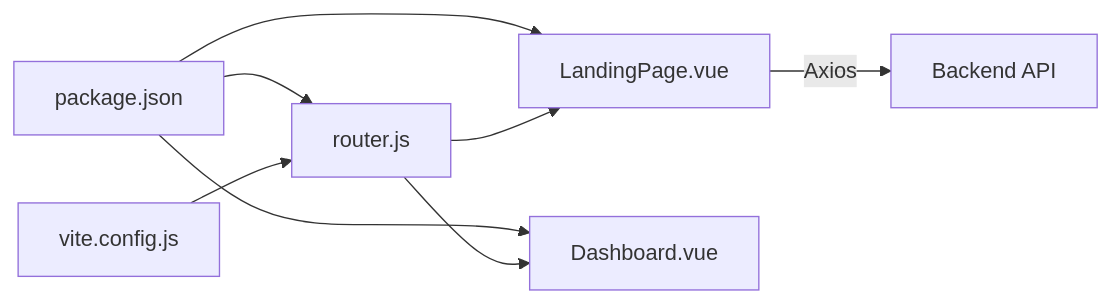
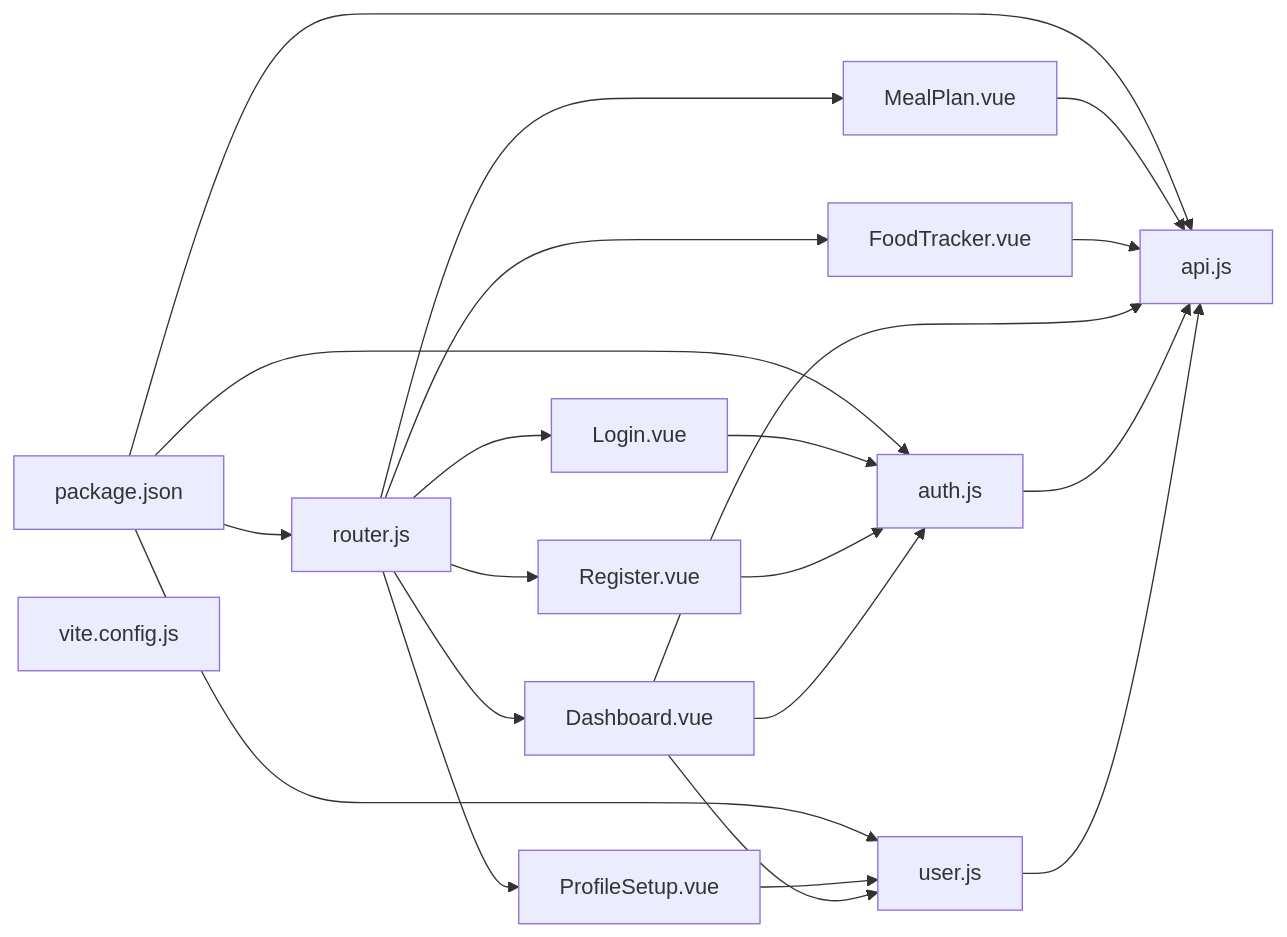
The third of 3 diagrams in .qoder/repowiki/en/content/Frontend Application/Component Documentation.md (hsarjun04-netizen/NUTRICooACH), drawn with Mermaid before and after one commit. The commit also changed other lines of this file and 7 other files, not shown here.

````diff
--- a/.qoder/repowiki/en/content/Frontend Application/Component Documentation.md
+++ b/.qoder/repowiki/en/content/Frontend Application/Component Documentation.md
@@ -181,15 +369,35 @@
 ```mermaid
 graph LR
 PJSON["package.json"]
 VITE["vite.config.js"]
 ROUTER["router.js"]
-LP["LandingPage.vue"]
-DASH["Dashboard.vue"]
+AUTH["auth.js"]
+USER["user.js"]
+API["api.js"]
+LOGIN["Login.vue"]
+REGISTER["Register.vue"]
+PROFILE["ProfileSetup.vue"]
+DASHBOARD["Dashboard.vue"]
+MEAL["MealPlan.vue"]
+TRACKER["FoodTracker.vue"]
 PJSON --> ROUTER
-PJSON --> LP
-PJSON --> DASH
-VITE --> ROUTER
-ROUTER --> LP
-ROUTER --> DASH
-LP --> |"Axios"| API["Backend API"]
+PJSON --> AUTH
+PJSON --> USER
+PJSON --> API
+ROUTER --> LOGIN
+ROUTER --> REGISTER
+ROUTER --> PROFILE
+ROUTER --> DASHBOARD
+ROUTER --> MEAL
+ROUTER --> TRACKER
+LOGIN --> AUTH
+REGISTER --> AUTH
+PROFILE --> USER
+DASHBOARD --> AUTH
+DASHBOARD --> USER
+MEAL --> API
+TRACKER --> API
+DASHBOARD --> API
+AUTH --> API
+USER --> API
 ```
````
